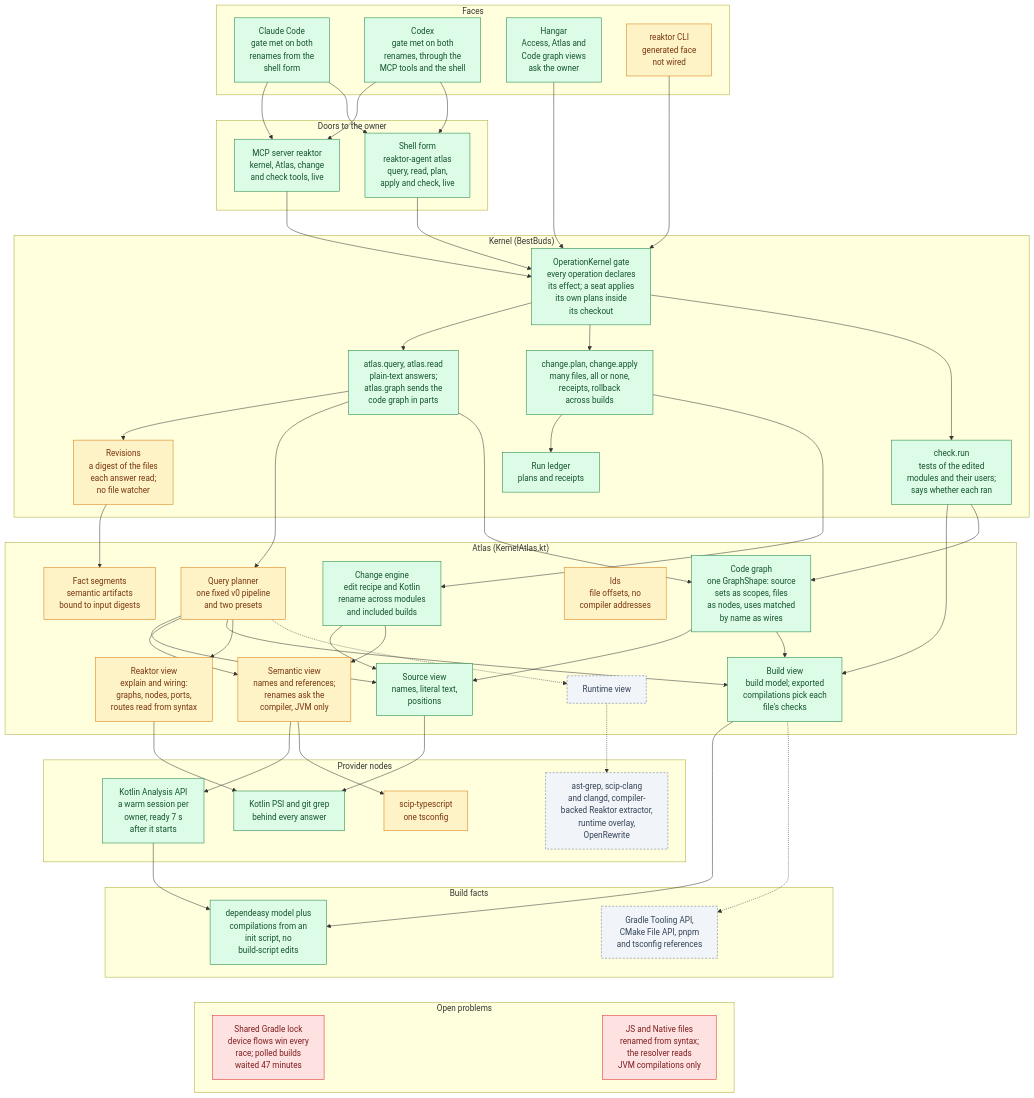
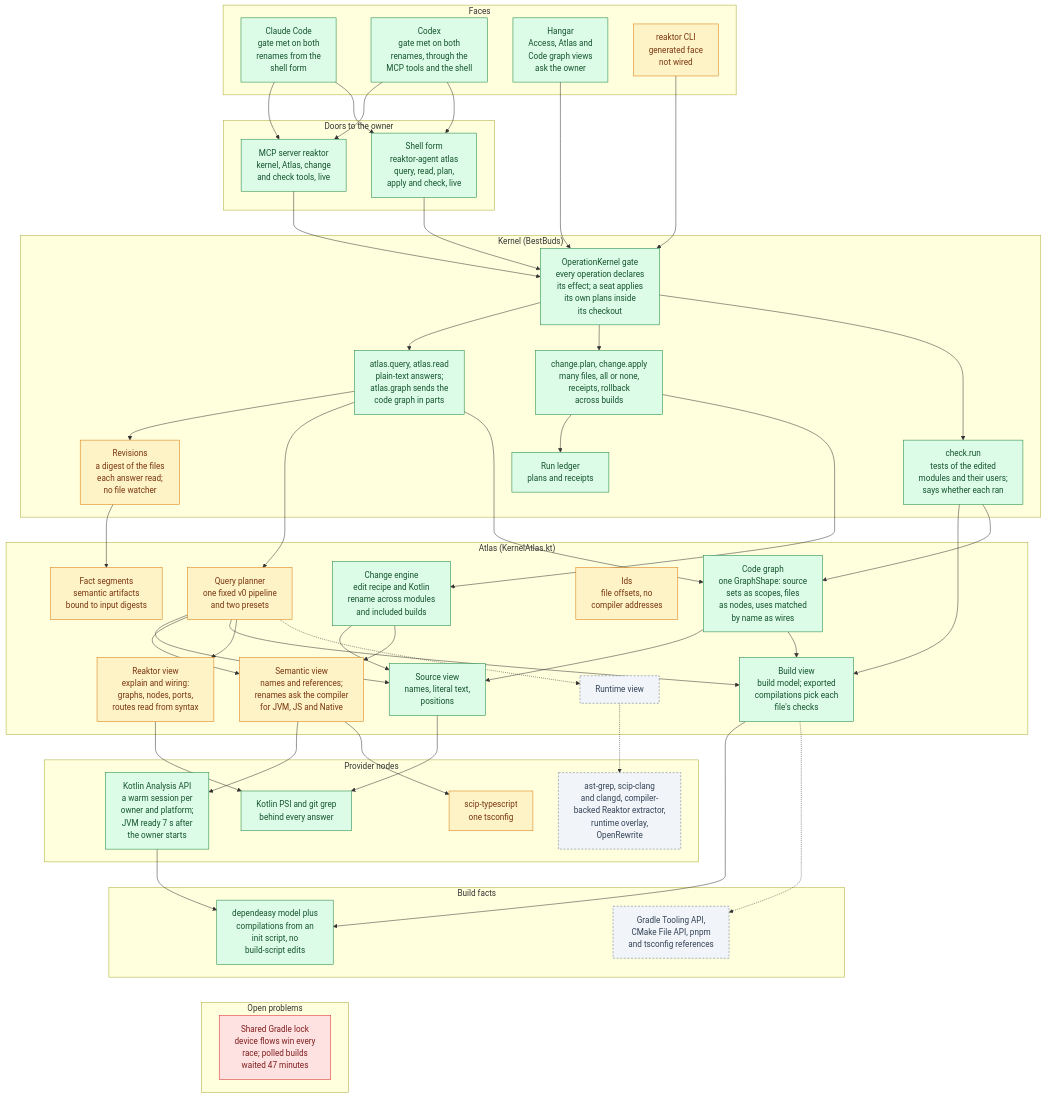
Before and after one commit to shibasis0801/reaktor: the first of 5 diagrams in plans/atlas-hld.md, drawn with Mermaid. The commit also changed other lines of this file, not shown here.

First line of the commit message:
Record JS and Native renames in the Atlas HLD

````diff
--- a/plans/atlas-hld.md
+++ b/plans/atlas-hld.md
@@ -44,7 +44,7 @@
         identity["Ids<br/>file offsets, no<br/>compiler addresses"]
         segments["Fact segments<br/>semantic artifacts<br/>bound to input digests"]
         sourceView["Source view<br/>names, literal text,<br/>positions"]
-        semanticView["Semantic view<br/>names and references;<br/>renames ask the<br/>compiler, JVM only"]
+        semanticView["Semantic view<br/>names and references;<br/>renames ask the compiler<br/>for JVM, JS and Native"]
         buildView["Build view<br/>build model; exported<br/>compilations pick each<br/>file's checks"]
         codeView["Code graph<br/>one GraphShape: source<br/>sets as scopes, files<br/>as nodes, uses matched<br/>by name as wires"]
         reaktorView["Reaktor view<br/>explain and wiring:<br/>graphs, nodes, ports,<br/>routes read from syntax"]
@@ -52,7 +52,7 @@
     end
     subgraph providers["Provider nodes"]
         psi["Kotlin PSI and git grep<br/>behind every answer"]
-        kaa["Kotlin Analysis API<br/>a warm session per<br/>owner, ready 7 s<br/>after it starts"]
+        kaa["Kotlin Analysis API<br/>a warm session per<br/>owner and platform;<br/>JVM ready 7 s after<br/>the owner starts"]
         ts["scip-typescript<br/>one tsconfig"]
         laterProviders["ast-grep, scip-clang<br/>and clangd, compiler-<br/>backed Reaktor extractor,<br/>runtime overlay,<br/>OpenRewrite"]
     end
@@ -62,7 +62,6 @@
     end
     subgraph problems["Open problems"]
         p2["Shared Gradle lock<br/>device flows win every<br/>race; polled builds<br/>waited 47 minutes"]
-        p3["JS and Native files<br/>renamed from syntax;<br/>the resolver reads<br/>JVM compilations only"]
     end
     claude --> mcp
     claude --> shell
@@ -106,13 +105,12 @@
     psi ~~~ dep
     ts ~~~ laterBuild
     dep ~~~ p2
-    laterBuild ~~~ p3
     classDef live fill:#DCFCE7,stroke:#15803D,color:#14532D
     classDef partial fill:#FEF3C7,stroke:#D97706,color:#78350F
     classDef problem fill:#FEE2E2,stroke:#DC2626,color:#7F1D1D
     classDef later fill:#F1F5F9,stroke:#64748B,color:#334155,stroke-dasharray: 4 3
     class claude,codex,hangar,mcp,shell,gate,atlasOps,changeOps,checkRun,ledger,engine,sourceView,buildView,codeView,psi,kaa,dep live
     class cli,revisions,planner,identity,segments,semanticView,reaktorView,ts partial
-    class p2,p3 problem
+    class p2 problem
     class laterViews,laterProviders,laterBuild later
 ```
````
